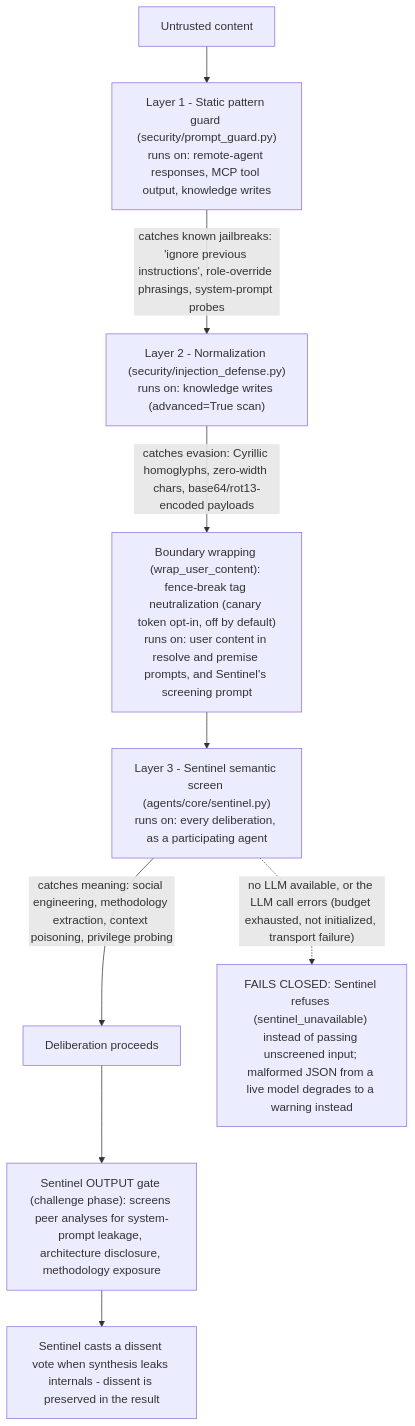
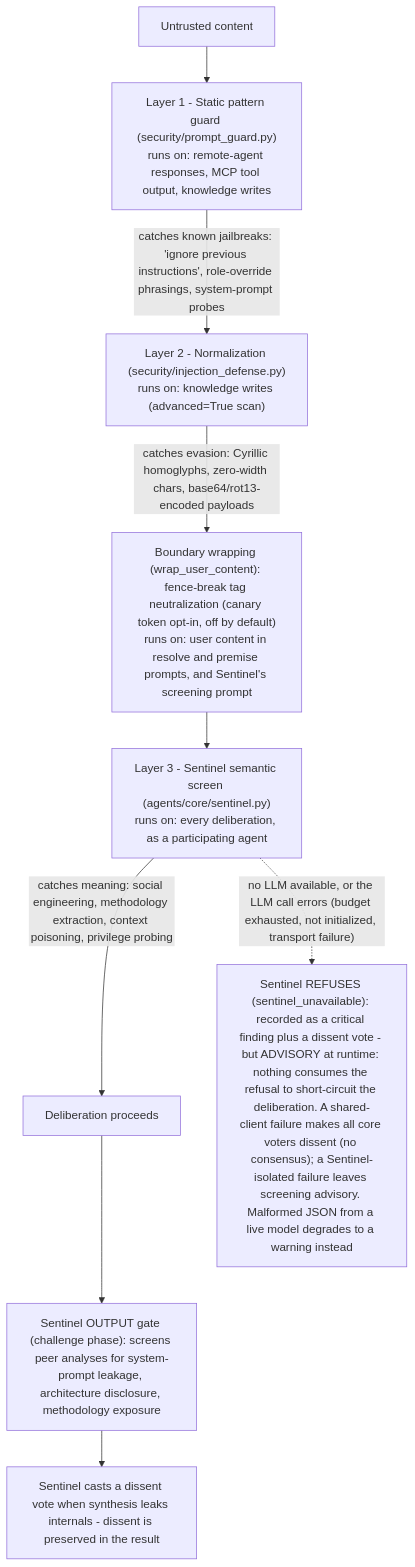
One commit to KangaKode/aiscaffold changed the second of 3 diagrams in docs/SECURITY_MODEL.md. Above: the diagram before and after it, drawn with Mermaid. The commit also changed other lines of this file and 3 other files, not shown here.

First line of the commit message:
docs: state Sentinel refusal as advisory; document degraded vote denominators; refresh counts

````diff
--- a/docs/SECURITY_MODEL.md
+++ b/docs/SECURITY_MODEL.md
@@ -33,11 +33,11 @@
 ```mermaid
 flowchart TD
     Input["Untrusted content"] --> L1["Layer 1 - Static pattern guard (security/prompt_guard.py)<br/>runs on: remote-agent responses, MCP tool output, knowledge writes"]
     L1 -->|"catches known jailbreaks: 'ignore previous instructions', role-override phrasings, system-prompt probes"| L2["Layer 2 - Normalization (security/injection_defense.py)<br/>runs on: knowledge writes (advanced=True scan)"]
     L2 -->|"catches evasion: Cyrillic homoglyphs, zero-width chars, base64/rot13-encoded payloads"| Wrap["Boundary wrapping (wrap_user_content): fence-break tag neutralization (canary token opt-in, off by default)<br/>runs on: user content in resolve and premise prompts, and Sentinel's screening prompt"]
     Wrap --> L3["Layer 3 - Sentinel semantic screen (agents/core/sentinel.py)<br/>runs on: every deliberation, as a participating agent"]
     L3 -->|"catches meaning: social engineering, methodology extraction, context poisoning, privilege probing"| Delib["Deliberation proceeds"]
-    L3 -.->|"no LLM available, or the LLM call errors (budget exhausted, not initialized, transport failure)"| Closed["FAILS CLOSED: Sentinel refuses (sentinel_unavailable) instead of passing unscreened input; malformed JSON from a live model degrades to a warning instead"]
+    L3 -.->|"no LLM available, or the LLM call errors (budget exhausted, not initialized, transport failure)"| Closed["Sentinel REFUSES (sentinel_unavailable): recorded as a critical finding plus a dissent vote - but ADVISORY at runtime: nothing consumes the refusal to short-circuit the deliberation. A shared-client failure makes all core voters dissent (no consensus); a Sentinel-isolated failure leaves screening advisory. Malformed JSON from a live model degrades to a warning instead"]
     Delib --> OutGate["Sentinel OUTPUT gate (challenge phase): screens peer analyses for system-prompt leakage, architecture disclosure, methodology exposure"]
     OutGate --> Vote["Sentinel casts a dissent vote when synthesis leaks internals - dissent is preserved in the result"]
 ```
````
